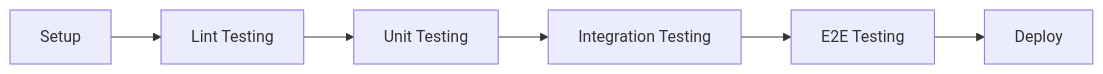
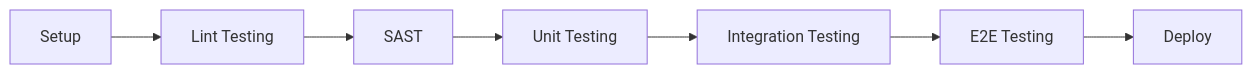
Before and after one commit to LukeMacdonald/githubactions-learning: the second of 2 diagrams in README.md, drawn with Mermaid. The commit also changed other lines of this file, not shown here.

````diff
--- a/README.md
+++ b/README.md
@@ -97,15 +104,17 @@
 ```mermaid
   flowchart LR;
 A[ Setup ]
 B[ Lint Testing]
+G[SAST]
 C[ Unit Testing ]
 D[Integration Testing ]
 E[ E2E Testing ]
 F[ Deploy ]
 A --> B
-B --> C
+B --> G
+G --> C
 C --> D
 D --> E
 E --> F
 
 ```
````
